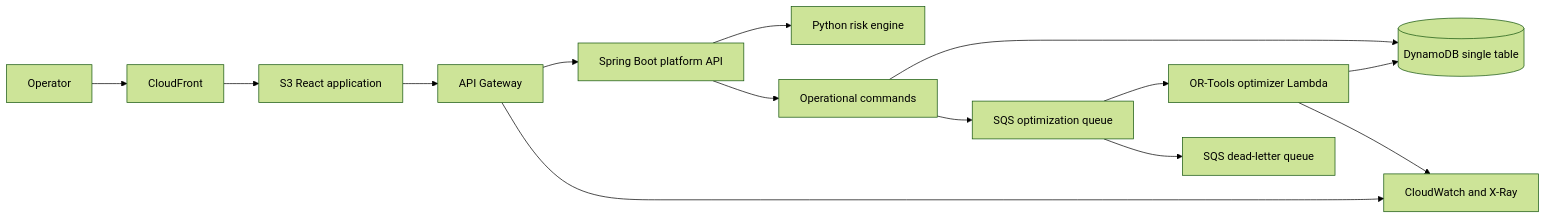
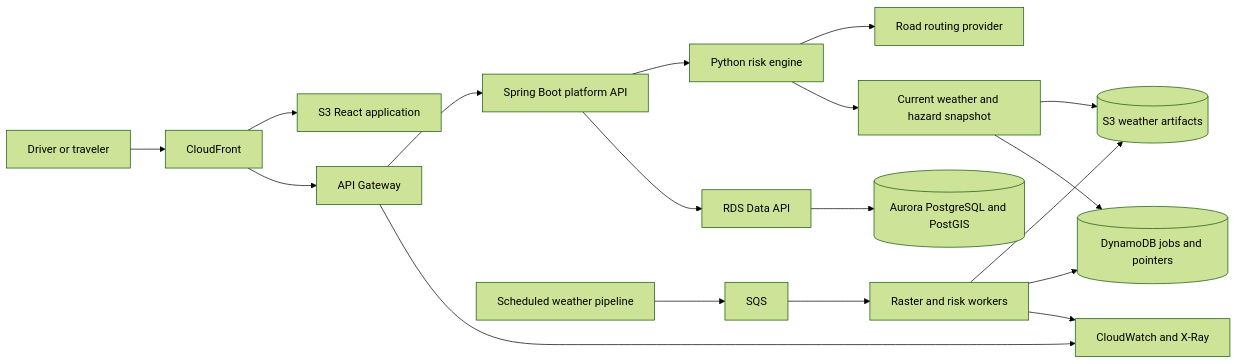
The diagram in docs/architecture.md (signalgap9-del/peachtree-dispatch), drawn with Mermaid (forest theme) before and after one commit. The commit also changed other lines of this file and 40 other files, not shown here.

Commit message:
feat: add AtmosPath PostGIS relational foundation

````diff
--- a/docs/architecture.md
+++ b/docs/architecture.md
@@ -29,16 +31,20 @@
 ```mermaid
 flowchart LR
-    User[Operator] --> CloudFront
-    CloudFront --> Web[S3 React application]
-    Web --> Api[API Gateway]
+    User[Driver or traveler] --> Edge[CloudFront]
+    Edge --> Web[S3 React application]
+    Edge --> Api[API Gateway]
     Api --> Platform[Spring Boot platform API]
     Platform --> Risk[Python risk engine]
-    Platform --> Commands[Operational commands]
-    Commands --> Table[(DynamoDB single table)]
-    Commands --> Queue[SQS optimization queue]
-    Queue --> Worker[OR-Tools optimizer Lambda]
-    Worker --> Table
-    Queue --> DLQ[SQS dead-letter queue]
+    Risk --> Roads[Road routing provider]
+    Risk --> Snapshot[Current weather and hazard snapshot]
+    Platform --> DataAPI[RDS Data API]
+    DataAPI --> PostGIS[(Aurora PostgreSQL and PostGIS)]
+    Pipeline[Scheduled weather pipeline] --> Queue[SQS]
+    Queue --> Worker[Raster and risk workers]
+    Worker --> Objects[(S3 weather artifacts)]
+    Worker --> Ops[(DynamoDB jobs and pointers)]
+    Snapshot --> Objects
+    Snapshot --> Ops
     Api --> Observability[CloudWatch and X-Ray]
     Worker --> Observability
 ```
````
